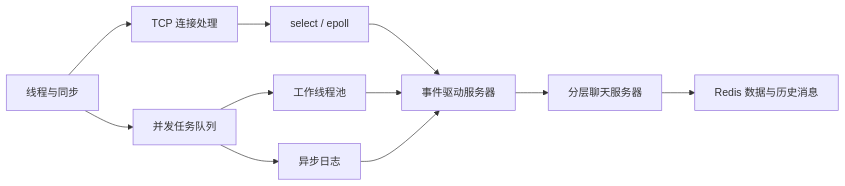
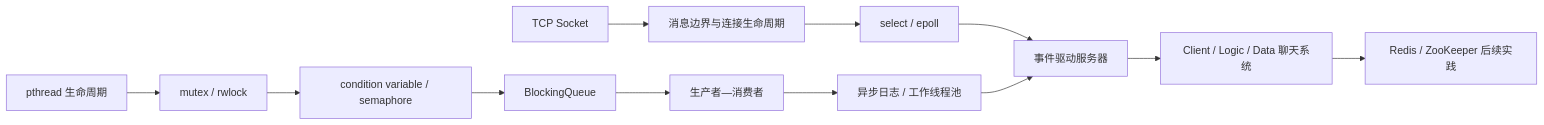
Before and after one commit to feiyun0310/linux-backend-learning-notes: the second of 2 diagrams in README.md, drawn with Mermaid. The commit also changed other lines of this file, not shown here.

````diff
--- a/README.md
+++ b/README.md
@@ -31,13 +41,14 @@
 ```mermaid
 flowchart LR
-    A[线程与同步] --> B[并发任务队列]
-    B --> C[异步日志]
-    A --> D[TCP 连接处理]
-    D --> E[select / epoll]
-    B --> F[工作线程池]
-    E --> G[事件驱动服务器]
-    F --> G
-    C --> G
-    G --> H[分层聊天服务器]
-    H --> I[Redis 数据与历史消息]
+    A[pthread 生命周期] --> B[mutex / rwlock]
+    B --> C[condition variable / semaphore]
+    C --> D[BlockingQueue]
+    D --> E[生产者—消费者]
+    E --> F[异步日志 / 工作线程池]
+    G[TCP Socket] --> H[消息边界与连接生命周期]
+    H --> I[select / epoll]
+    I --> J[事件驱动服务器]
+    F --> J
+    J --> K[Client / Logic / Data 聊天系统]
+    K --> L[Redis / ZooKeeper 后续实践]
 ```
````
